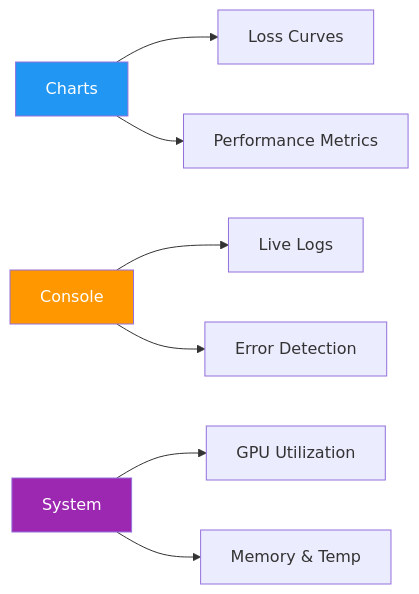
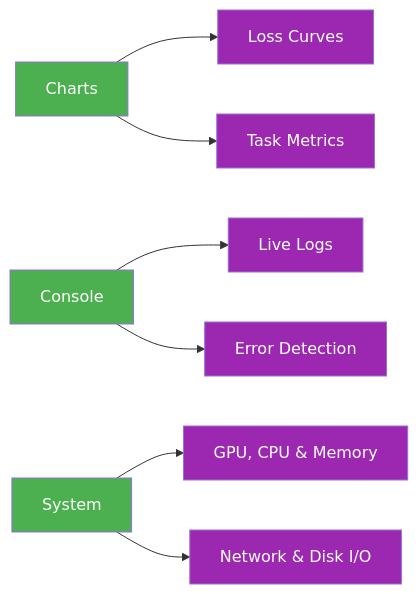
The second of 2 diagrams in ultralytics/docs/en/platform/train/index.md (KATe-AGI/Embodied_VG), drawn with Mermaid before and after one commit. The commit also changed other lines of this file and 980 other files, not shown here.

````diff
--- a/ultralytics/docs/en/platform/train/index.md
+++ b/ultralytics/docs/en/platform/train/index.md
@@ -86,13 +92,12 @@
 ```mermaid
 graph LR
-    A[Charts] --> B[Loss Curves]
-    A --> C[Performance Metrics]
-    D[Console] --> E[Live Logs]
-    D --> F[Error Detection]
-    G[System] --> H[GPU Utilization]
-    G --> I[Memory & Temp]
+    A[Charts]:::start --> B[Loss Curves]:::out
+    A --> C[Task Metrics]:::out
+    D[Console]:::start --> E[Live Logs]:::out
+    D --> F[Error Detection]:::out
+    G[System]:::start --> H[GPU, CPU & Memory]:::out
+    G --> I[Network & Disk I/O]:::out
 
-    style A fill:#2196F3,color:#fff
-    style D fill:#FF9800,color:#fff
-    style G fill:#9C27B0,color:#fff
+    classDef start fill:#4CAF50,color:#fff
+    classDef out fill:#9C27B0,color:#fff
 ```
````
